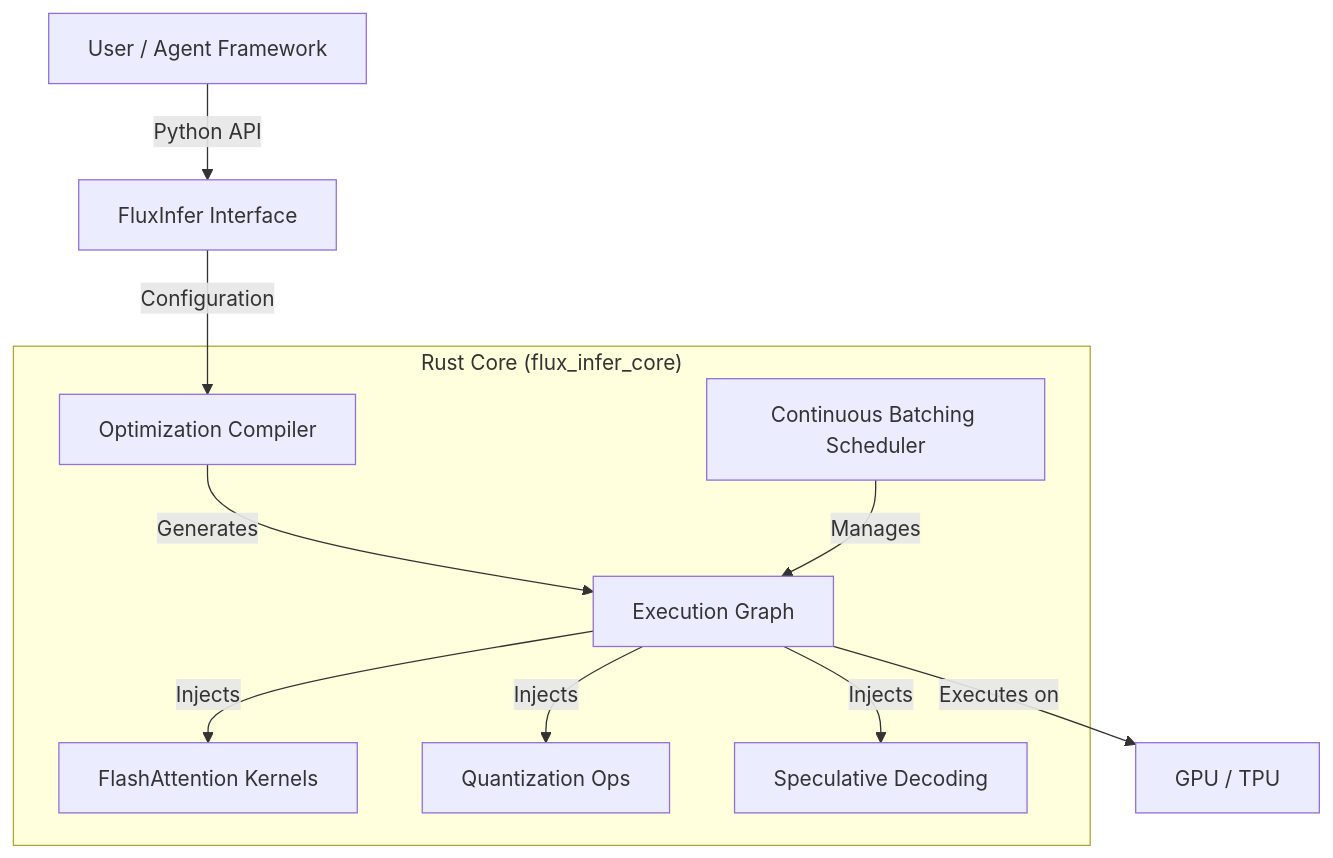
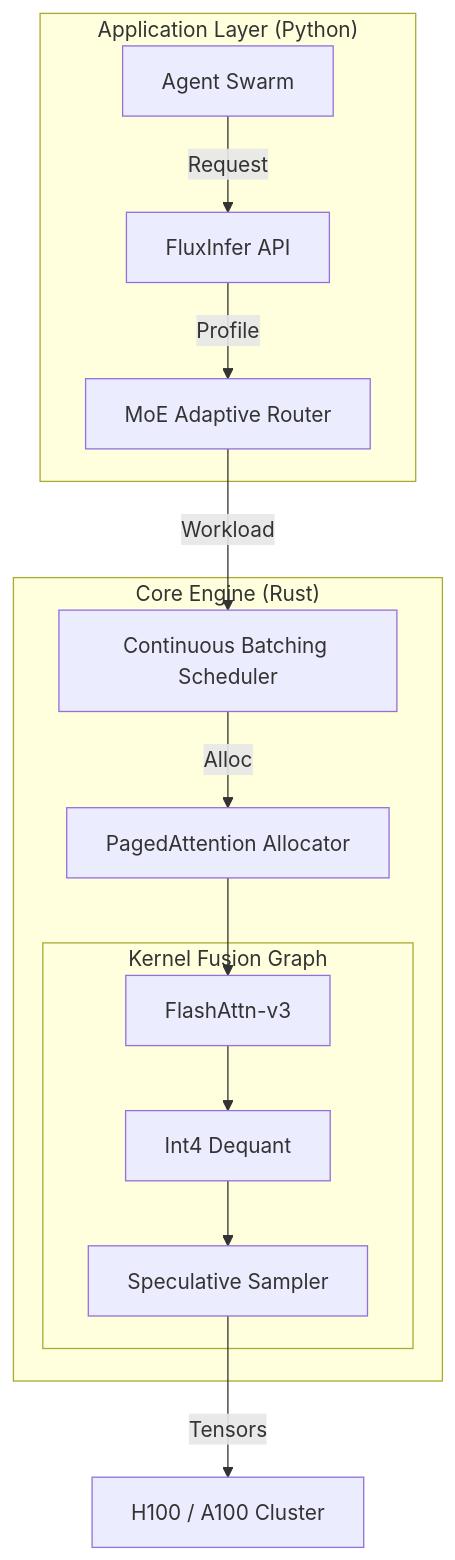
The diagram in README.md (codingwithshawnyt/FluxInfer), drawn with Mermaid before and after one commit. The commit also changed other lines of this file and 4 other files, not shown here.

Commit message:
feat: Initial release of FluxInfer - A Unified Optimization Engine for Multimodal LLM Inference

````diff
--- a/README.md
+++ b/README.md
@@ -43,16 +78,24 @@
 ```mermaid
 graph TD
-    User[User / Agent Framework] -->|Python API| Interface[FluxInfer Interface]
-    Interface -->|Configuration| Compiler[Optimization Compiler]
-    
-    subgraph "Rust Core (flux_infer_core)"
-        Compiler -->|Generates| Graph[Execution Graph]
-        Graph -->|Injects| FA[FlashAttention Kernels]
-        Graph -->|Injects| Q[Quantization Ops]
-        Graph -->|Injects| SD[Speculative Decoding]
+    subgraph "Application Layer (Python)"
+        Agent[Agent Swarm] -->|Request| API[FluxInfer API]
+        API -->|Profile| Router[MoE Adaptive Router]
+    end
+
+    subgraph "Core Engine (Rust)"
+        Router -->|Workload| Sched[Continuous Batching Scheduler]
+        Sched -->|Alloc| Mem[PagedAttention Allocator]
         
-        Scheduler[Continuous Batching Scheduler] -->|Manages| Graph
+        subgraph "Kernel Fusion Graph"
+            Op1[FlashAttn-v3]
+            Op2[Int4 Dequant]
+            Op3[Speculative Sampler]
+        end
+        
+        Mem --> Op1
+        Op1 --> Op2
+        Op2 --> Op3
     end
     
-    Graph -->|Executes on| GPU[GPU / TPU]
+    Op3 -->|Tensors| GPU[H100 / A100 Cluster]
 ```
````
